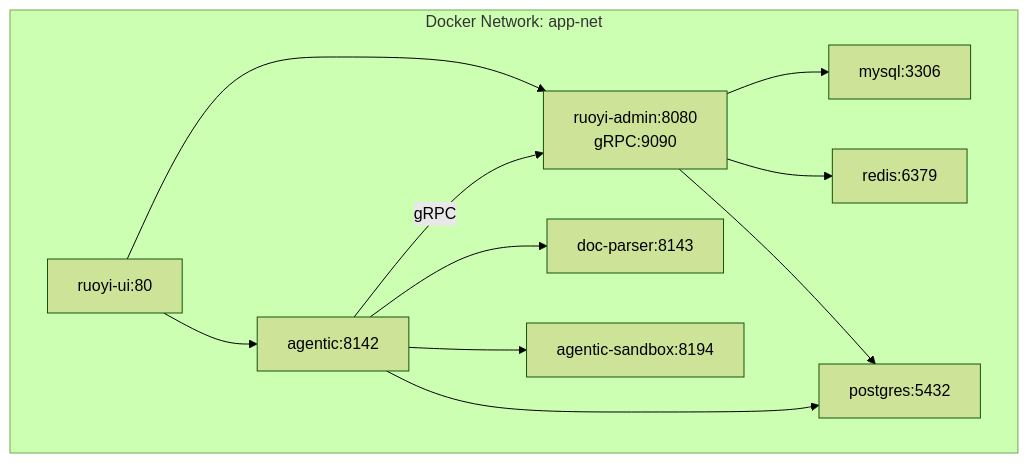
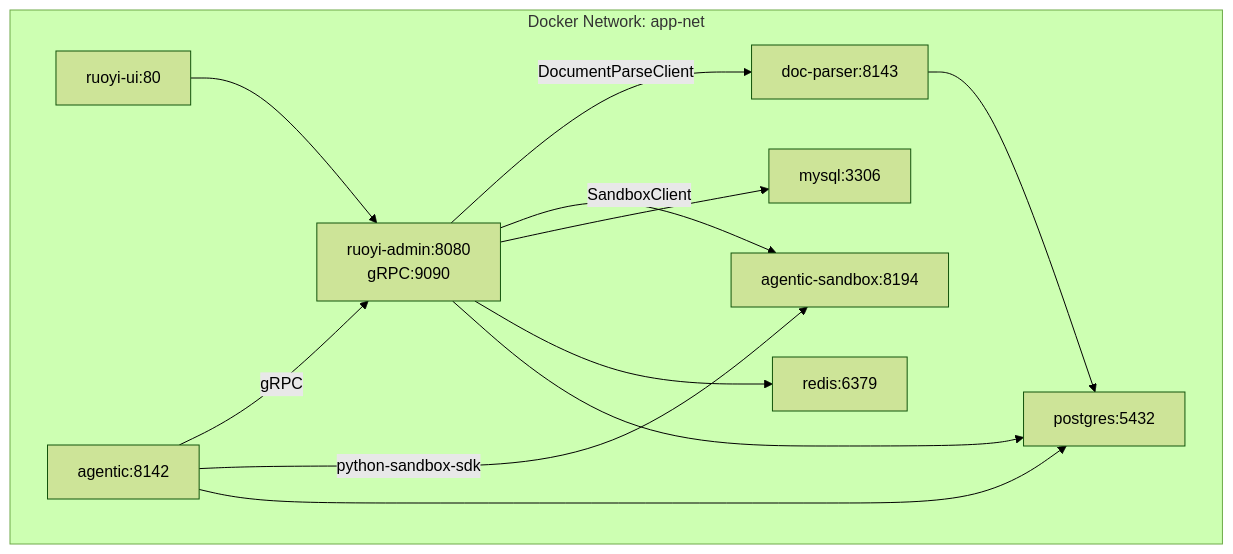
One commit to zjwan461/ruoyi-langchain4j changed the tenth of 10 diagrams in ARCHITECTURE.md. Above: the diagram before and after it, drawn with Mermaid (forest theme). The commit also changed other lines of this file, not shown here.

Commit message:
update 架构设计

````diff
--- a/ARCHITECTURE.md
+++ b/ARCHITECTURE.md
@@ -703,23 +703,24 @@
 ```mermaid
 graph TB
     subgraph "Docker Network: app-net"
         A[ruoyi-ui:80]
         B[ruoyi-admin:8080<br/>gRPC:9090]
         C[agentic:8142]
         D[doc-parser:8143]
         E[agentic-sandbox:8194]
         F[mysql:3306]
         G[redis:6379]
         H[postgres:5432]
     end
     
     A --> B
-    A --> C
     C -->|gRPC| B
-    C --> D
-    C --> E
+    B -->|DocumentParseClient| D
+    B -->|SandboxClient| E
+    C -->|python-sandbox-sdk| E
     B --> F
     B --> G
     B --> H
     C --> H
+    D --> H
 ```
````
